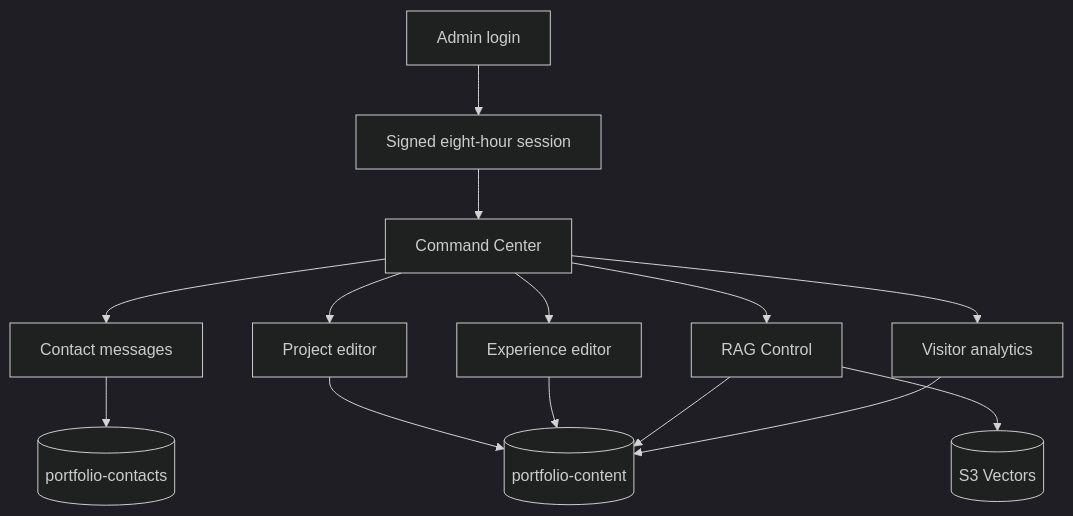
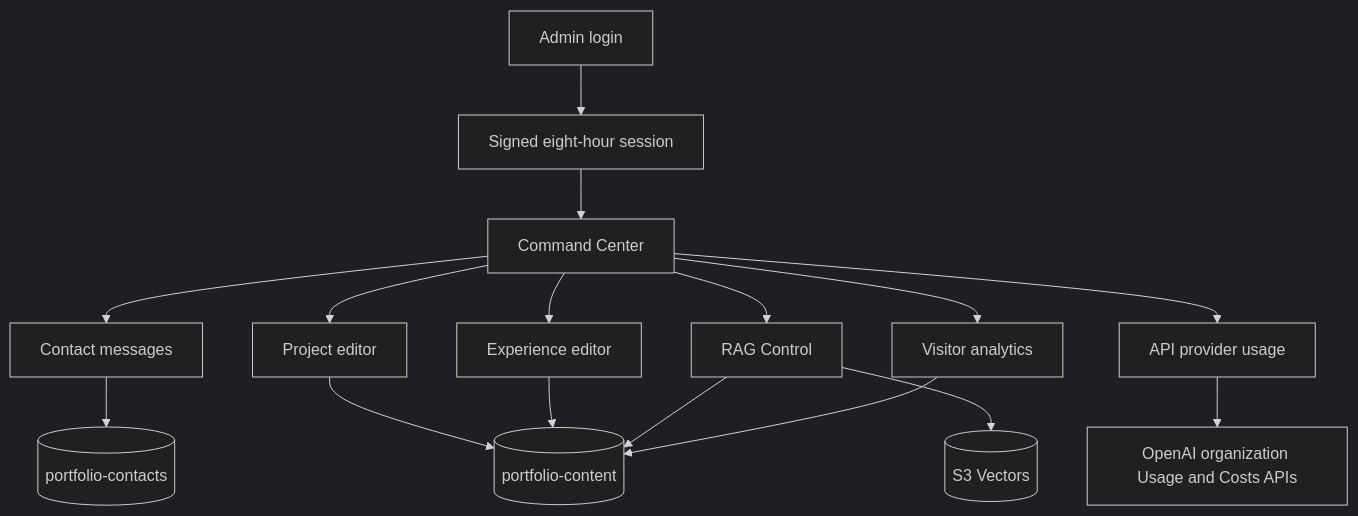
The diagram in docs/COMMAND_CENTER.md (Skywalker1910/Tech-Portfolio), drawn with Mermaid (dark theme) before and after one commit. The commit also changed other lines of this file and 35 other files, not shown here.

````diff
--- a/docs/COMMAND_CENTER.md
+++ b/docs/COMMAND_CENTER.md
@@ -9,17 +9,19 @@
 ```mermaid
 flowchart TB
     Login[Admin login] --> Session[Signed eight-hour session]
     Session --> Dashboard[Command Center]
     Dashboard --> Messages[Contact messages]
     Dashboard --> Projects[Project editor]
     Dashboard --> Experience[Experience editor]
     Dashboard --> RAG[RAG Control]
     Dashboard --> Traffic[Visitor analytics]
+    Dashboard --> APIUsage[API provider usage]
 
     Messages --> Contacts[(portfolio-contacts)]
     Projects --> Operations[(portfolio-content)]
     Experience --> Operations
     RAG --> Operations
     RAG --> Vectors[(S3 Vectors)]
     Traffic --> Operations
+    APIUsage --> OpenAI[OpenAI organization Usage and Costs APIs]
 ```
````
